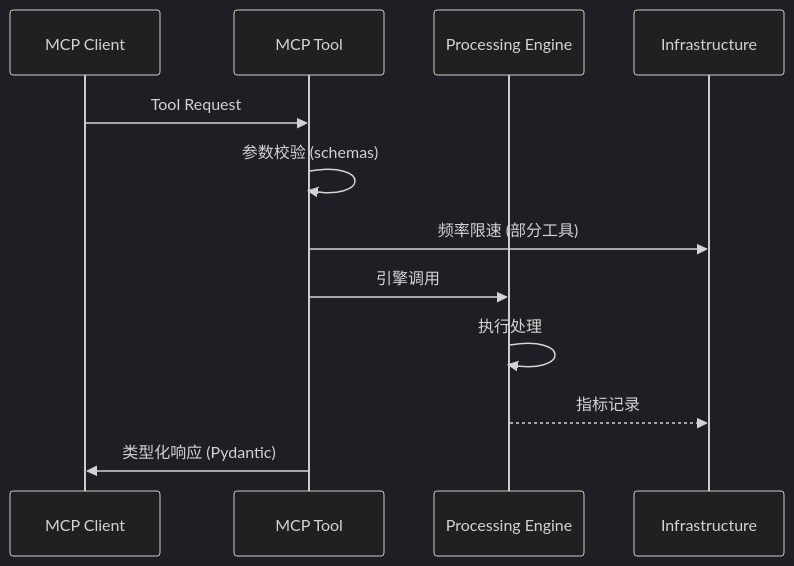
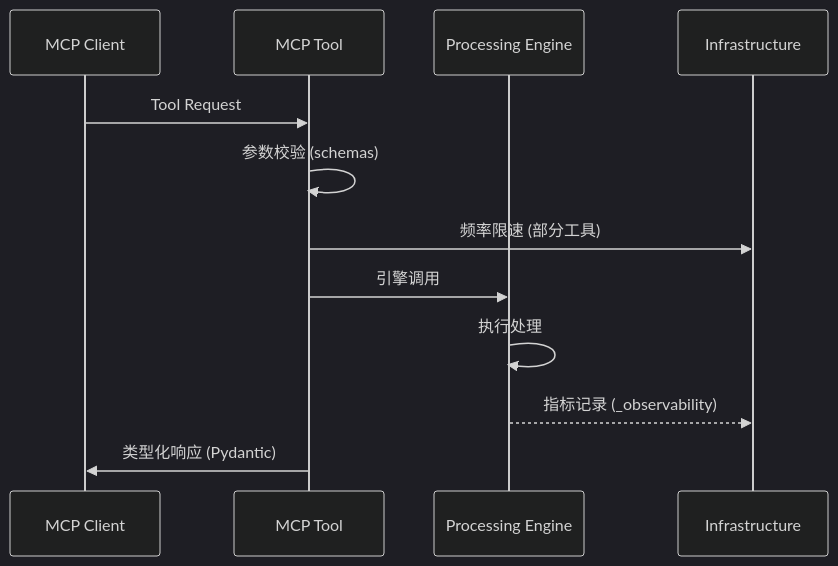
One commit to ThreeFish-AI/data-extractor changed the fifth of 6 diagrams in docs/1-Framework.md. Above: the diagram before and after it, drawn with Mermaid (dark theme). The commit also changed other lines of this file, not shown here.

````diff
--- a/docs/1-Framework.md
+++ b/docs/1-Framework.md
@@ -172,15 +207,15 @@
 ```mermaid
 sequenceDiagram
     participant C as MCP Client
     participant T as MCP Tool
     participant E as Processing Engine
     participant I as Infrastructure
 
     C->>T: Tool Request
     T->>T: 参数校验 (schemas)
     T->>I: 频率限速 (部分工具)
     T->>E: 引擎调用
     E->>E: 执行处理
-    E-->>I: 指标记录
+    E-->>I: 指标记录 (_observability)
     T->>C: 类型化响应 (Pydantic)
 ```
````
